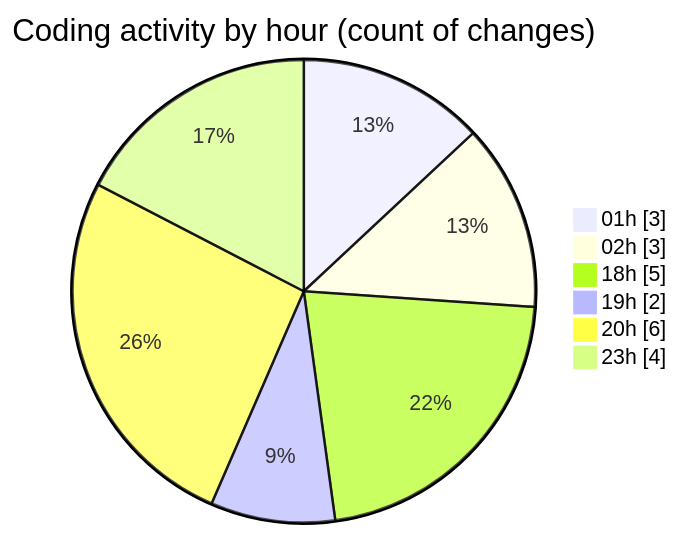
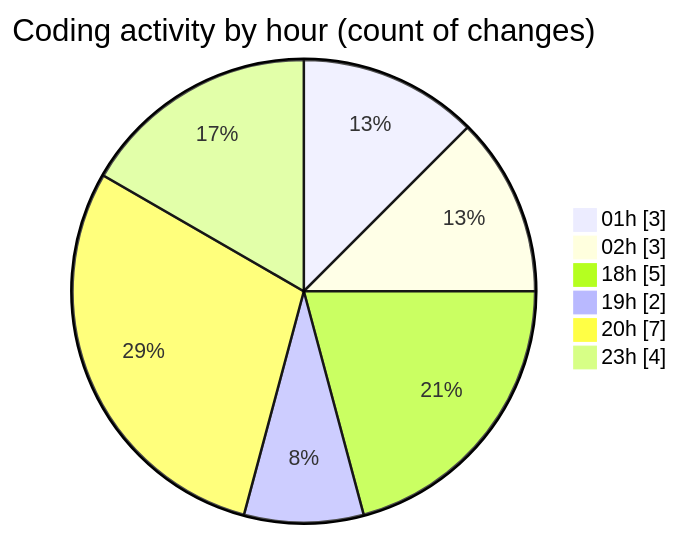
One commit to lephambinh05/code-tracking changed the second of 2 diagrams in 2025-09-08/quanlylink/README.md. Above: the diagram before and after it, drawn with Mermaid. The commit also changed other lines of this file and 1 other file, not shown here.

````diff
--- a/2025-09-08/quanlylink/README.md
+++ b/2025-09-08/quanlylink/README.md
@@ -47,10 +47,10 @@
 ```mermaid
 pie showData
 title Coding activity by hour (count of changes)
 "01h" : 3
 "02h" : 3
 "18h" : 5
 "19h" : 2
-"20h" : 6
+"20h" : 7
 "23h" : 4
 ```
````
